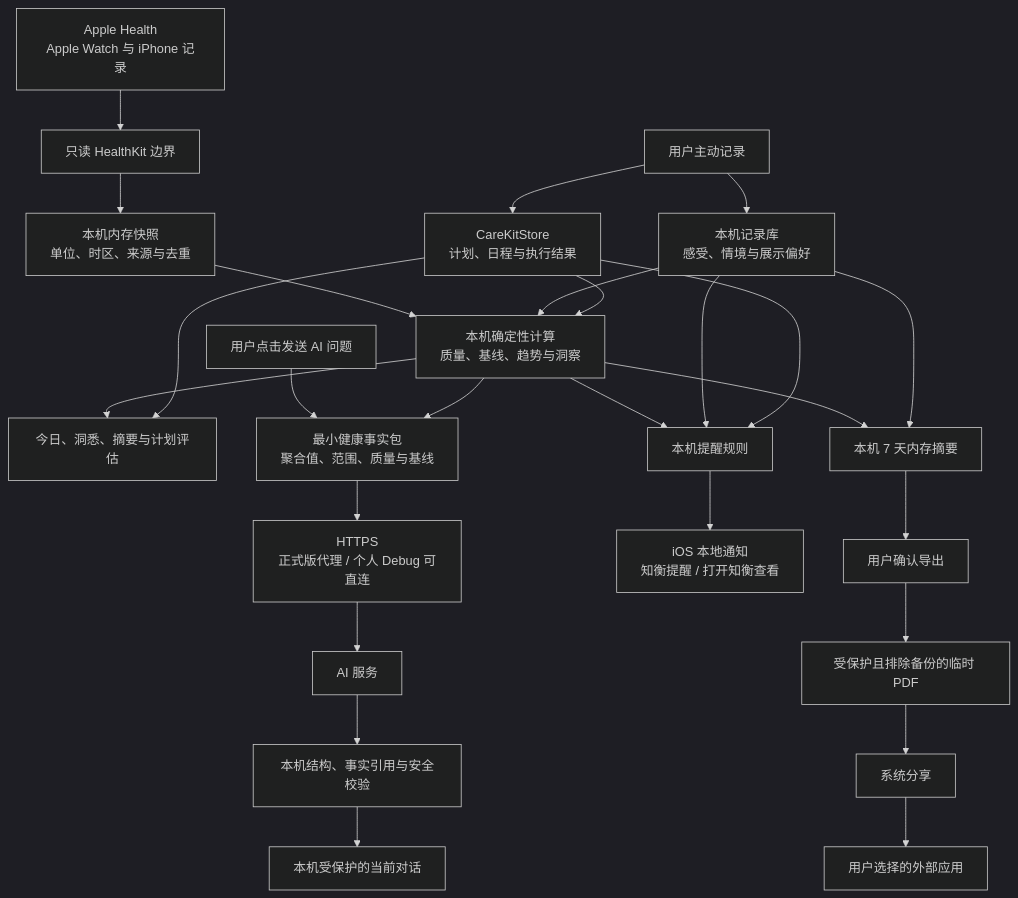
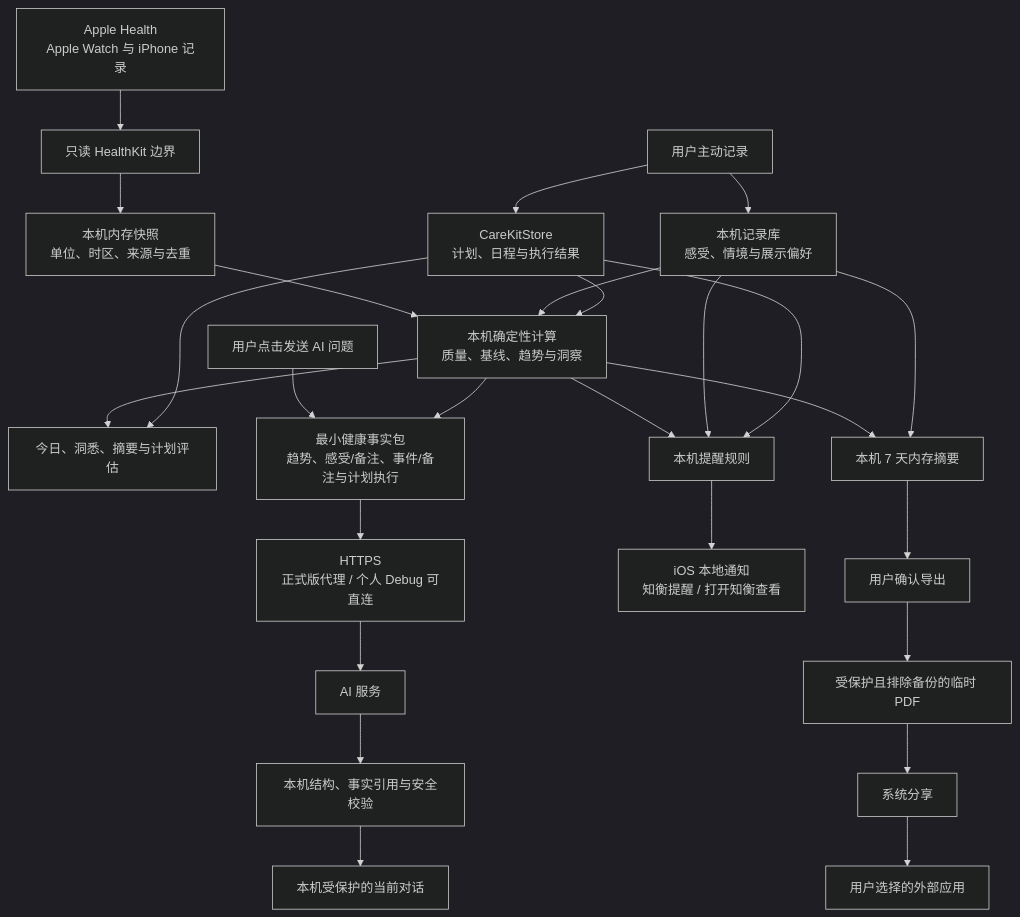
One commit to bethink0401/zhiheng changed the diagram in docs/privacy-data-flow.md. Above: the diagram before and after it, drawn with Mermaid (dark theme). The commit also changed other lines of this file and 103 other files, not shown here.

````diff
--- a/docs/privacy-data-flow.md
+++ b/docs/privacy-data-flow.md
@@ -19,45 +19,45 @@
 ```mermaid
 flowchart TB
     AH[Apple Health<br/>Apple Watch 与 iPhone 记录]
     HK[只读 HealthKit 边界]
     MEM[本机内存快照<br/>单位、时区、来源与去重]
     RULES[本机确定性计算<br/>质量、基线、趋势与洞察]
     UI[今日、洞悉、摘要与计划评估]
 
     USER[用户主动记录]
     SWIFT[本机记录库<br/>感受、情境与展示偏好]
     CARE[CareKitStore<br/>计划、日程与执行结果]
 
     ASK[用户点击发送 AI 问题]
-    PACK[最小健康事实包<br/>聚合值、范围、质量与基线]
+    PACK[最小健康事实包<br/>趋势、感受/备注、事件/备注与计划执行]
     HTTPS[HTTPS<br/>正式版代理 / 个人 Debug 可直连]
     AI[AI 服务]
     CHECK[本机结构、事实引用与安全校验]
     CHAT[本机受保护的当前对话]
 
     REMIND[本机提醒规则]
     IOS[iOS 本地通知<br/>知衡提醒 / 打开知衡查看]
 
     REPORT[本机 7 天内存摘要]
     CONFIRM[用户确认导出]
     PDF[受保护且排除备份的临时 PDF]
     SHARE[系统分享]
     EXTERNAL[用户选择的外部应用]
 
     AH --> HK --> MEM --> RULES --> UI
     USER --> SWIFT --> RULES
     USER --> CARE --> UI
     CARE --> RULES
 
     ASK --> PACK
     RULES --> PACK
     PACK --> HTTPS --> AI --> CHECK --> CHAT
 
     RULES --> REMIND --> IOS
     SWIFT --> REMIND
     CARE --> REMIND
 
     RULES --> REPORT
     SWIFT --> REPORT
     REPORT --> CONFIRM --> PDF --> SHARE --> EXTERNAL
 ```
````
